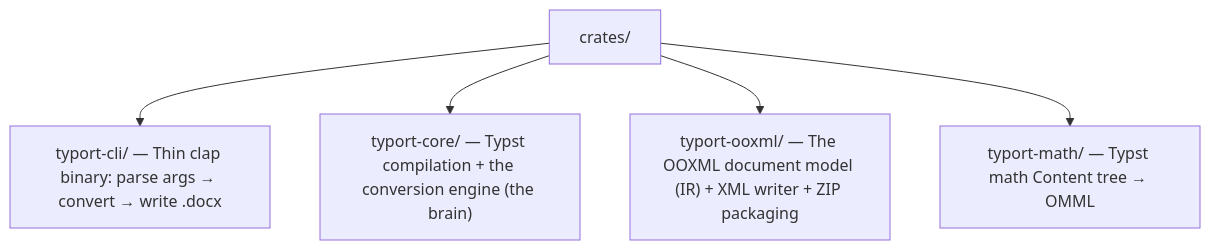
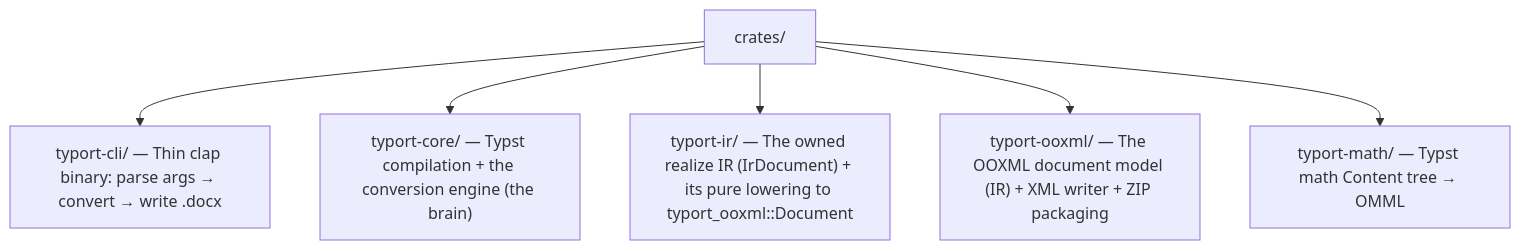
Before and after one commit to kwadraten/tydocx: the second of 2 diagrams in docs/ARCHITECTURE.md, drawn with Mermaid. The commit also changed other lines of this file and 42 other files, not shown here.

````diff
--- a/docs/ARCHITECTURE.md
+++ b/docs/ARCHITECTURE.md
@@ -125,7 +157,8 @@
 ```mermaid
 flowchart TD
     CRATES["crates/"] --> CLI["typort-cli/ — Thin clap binary: parse args → convert → write .docx"]
     CRATES --> CORE["typort-core/ — Typst compilation + the conversion engine (the brain)"]
+    CRATES --> IR["typort-ir/ — The owned realize IR (IrDocument) + its pure lowering to typort_ooxml::Document"]
     CRATES --> OOXML["typort-ooxml/ — The OOXML document model (IR) + XML writer + ZIP packaging"]
     CRATES --> MATH["typort-math/ — Typst math Content tree → OMML"]
 ```
````
